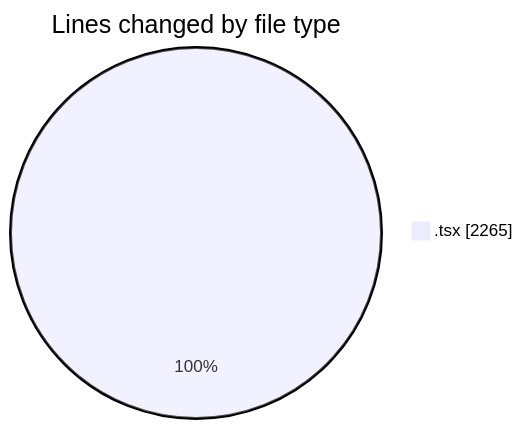
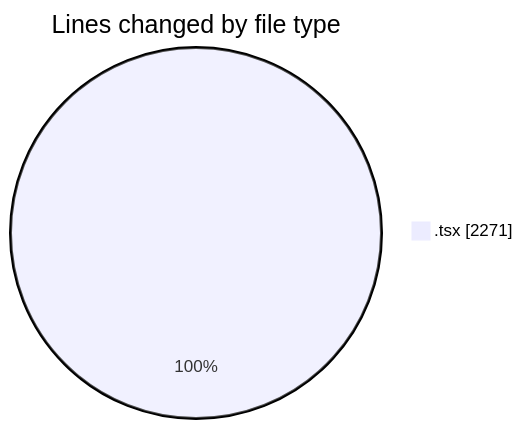
The first of 2 diagrams in 2026-02-10/nxtqube_webapp/README.md (nxtqubesakshisongat/code-tracking), drawn with Mermaid before and after one commit. The commit also changed other lines of this file and 1 other file, not shown here.

````diff
--- a/2026-02-10/nxtqube_webapp/README.md
+++ b/2026-02-10/nxtqube_webapp/README.md
@@ -23,5 +23,5 @@
 ```mermaid
 pie showData
 title Lines changed by file type
-".tsx" : 2265
+".tsx" : 2271
 ```
````
